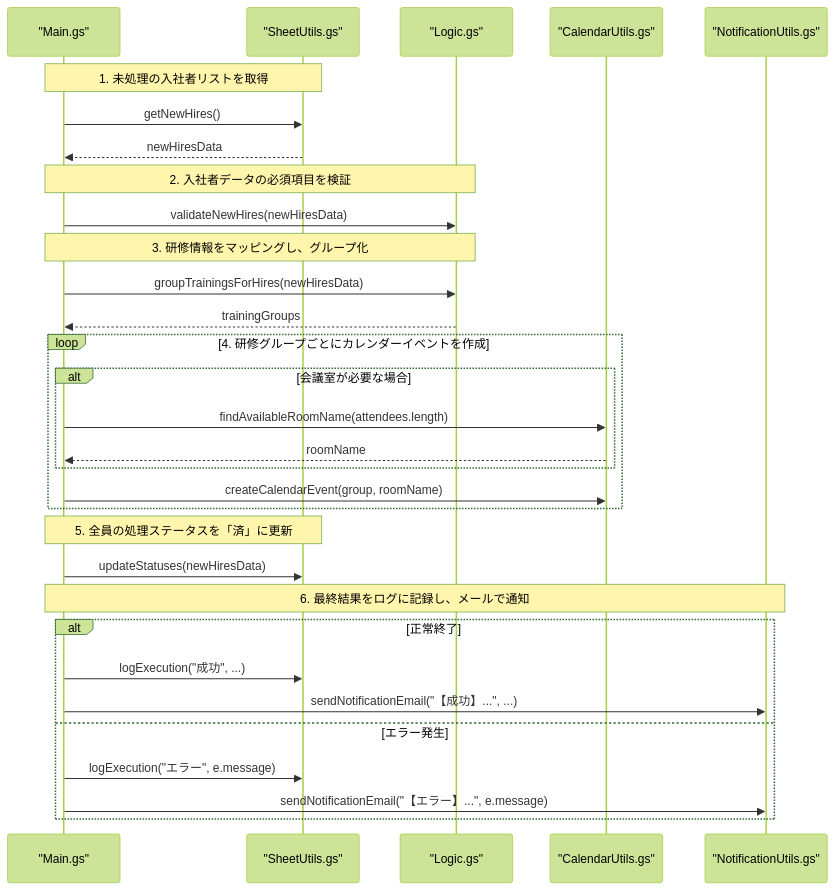
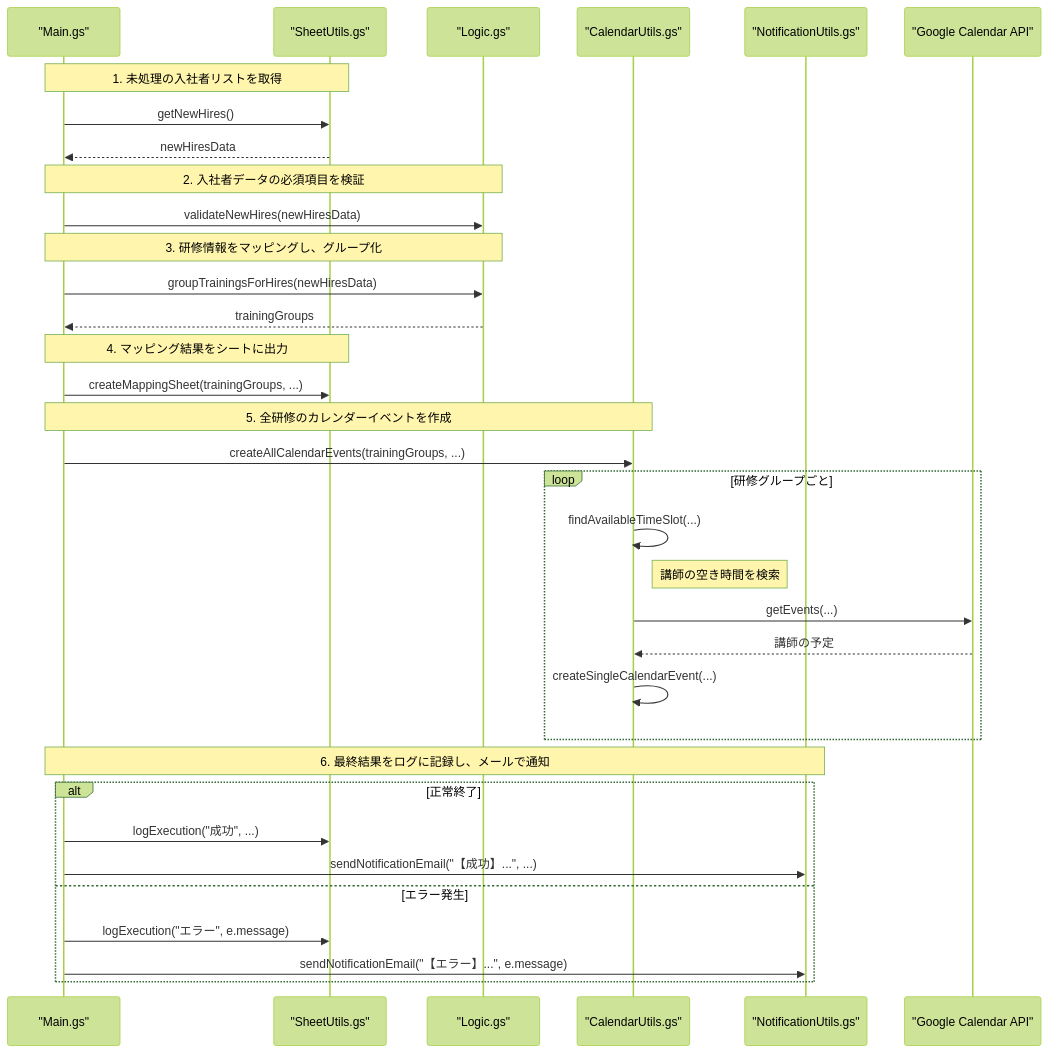
Before and after one commit to YutaImai-FLUX/flux_onb_automate: the fourth of 4 diagrams in gas_calendar_automation.md, drawn with Mermaid (forest theme). The commit also changed other lines of this file and 2 other files, not shown here.

````diff
--- a/gas_calendar_automation.md
+++ b/gas_calendar_automation.md
@@ -203,39 +219,44 @@
 ```mermaid
 sequenceDiagram
     participant Main as "Main.gs"
     participant SheetUtils as "SheetUtils.gs"
     participant Logic as "Logic.gs"
     participant CalendarUtils as "CalendarUtils.gs"
     participant NotificationUtils as "NotificationUtils.gs"
+    participant GCalendar as "Google Calendar API"
 
     Note over Main, SheetUtils: 1. 未処理の入社者リストを取得
     Main->>SheetUtils: getNewHires()
     SheetUtils-->>Main: newHiresData
     
     Note over Main, Logic: 2. 入社者データの必須項目を検証
     Main->>Logic: validateNewHires(newHiresData)
     
     Note over Main, Logic: 3. 研修情報をマッピングし、グループ化
     Main->>Logic: groupTrainingsForHires(newHiresData)
     Logic-->>Main: trainingGroups
     
-    loop 4. 研修グループごとにカレンダーイベントを作成
-        alt 会議室が必要な場合
-            Main->>CalendarUtils: findAvailableRoomName(attendees.length)
-            CalendarUtils-->>Main: roomName
-        end
-        Main->>CalendarUtils: createCalendarEvent(group, roomName)
+    Note over Main, SheetUtils: 4. マッピング結果をシートに出力
+    Main->>SheetUtils: createMappingSheet(trainingGroups, ...)
+    
+    Note over Main, CalendarUtils: 5. 全研修のカレンダーイベントを作成
+    Main->>CalendarUtils: createAllCalendarEvents(trainingGroups, ...)
+    
+    loop 研修グループごと
+        CalendarUtils->>CalendarUtils: findAvailableTimeSlot(...)
+        Note right of CalendarUtils: 講師の空き時間を検索
+        CalendarUtils->>GCalendar: getEvents(...)
+        GCalendar-->>CalendarUtils: 講師の予定
+        
+        CalendarUtils->>CalendarUtils: createSingleCalendarEvent(...)
     end
-    
-    Note over Main, SheetUtils: 5. 全員の処理ステータスを「済」に更新
-    Main->>SheetUtils: updateStatuses(newHiresData)
     
     Note over Main, NotificationUtils: 6. 最終結果をログに記録し、メールで通知
     alt 正常終了
         Main->>SheetUtils: logExecution("成功", ...)
         Main->>NotificationUtils: sendNotificationEmail("【成功】...", ...)
     else エラー発生
         Main->>SheetUtils: logExecution("エラー", e.message)
         Main->>NotificationUtils: sendNotificationEmail("【エラー】...", e.message)
     end
 ```
````
